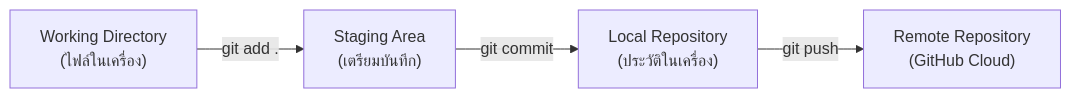
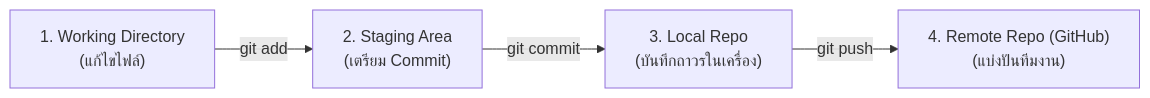
Before and after one commit to Tsanaphy2023/computing-science: the diagram in book3_chapters/chapter01_sdlc_agile_and_git.md, drawn with Mermaid. The commit also changed other lines of this file and 7 other files, not shown here.

````diff
--- a/book3_chapters/chapter01_sdlc_agile_and_git.md
+++ b/book3_chapters/chapter01_sdlc_agile_and_git.md
@@ -63,6 +58,10 @@
 ```mermaid
 graph LR
-    WorkingDir["Working Directory\n(ไฟล์ในเครื่อง)"] --"git add ."--> StagingArea["Staging Area\n(เตรียมบันทึก)"]
-    StagingArea --"git commit"--> LocalRepo["Local Repository\n(ประวัติในเครื่อง)"]
-    LocalRepo --"git push"--> RemoteRepo["Remote Repository\n(GitHub Cloud)"]
+    WD["1. Working Directory
+(แก้ไขไฟล์)"] -->|git add| SA["2. Staging Area
+(เตรียม Commit)"]
+    SA -->|git commit| LR["3. Local Repo
+(บันทึกถาวรในเครื่อง)"]
+    LR -->|git push| RR["4. Remote Repo (GitHub)
+(แบ่งปันทีมงาน)"]
 ```
````
